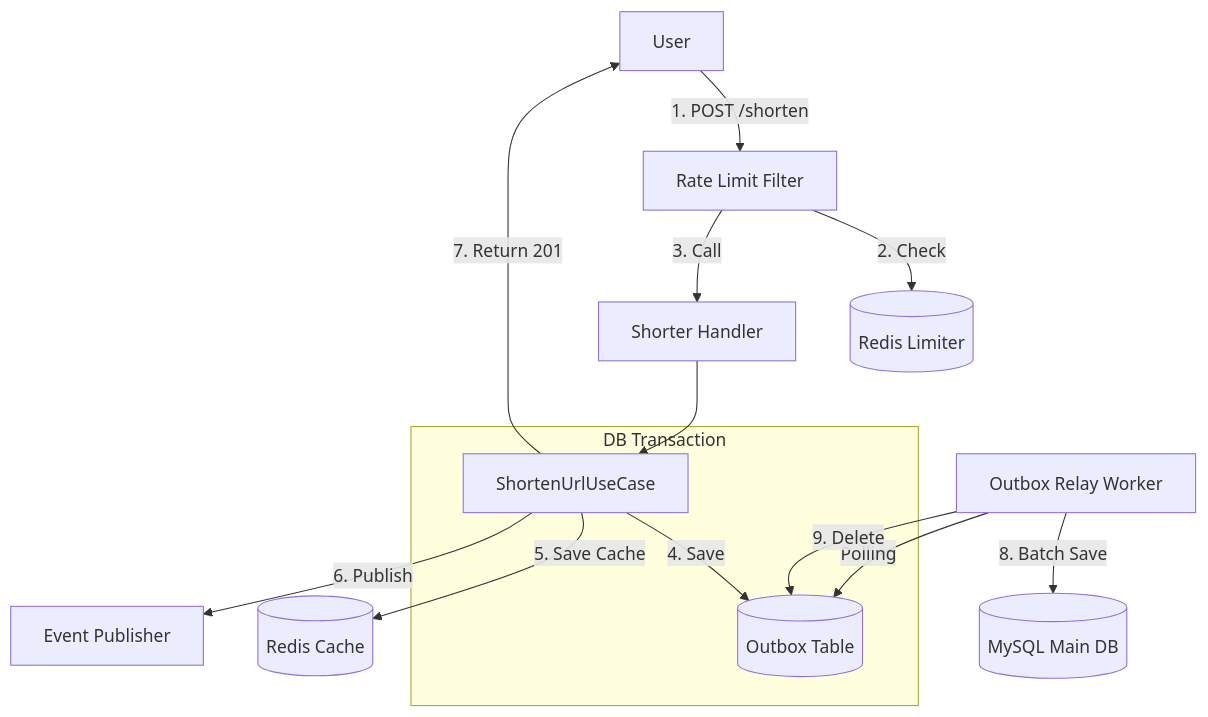
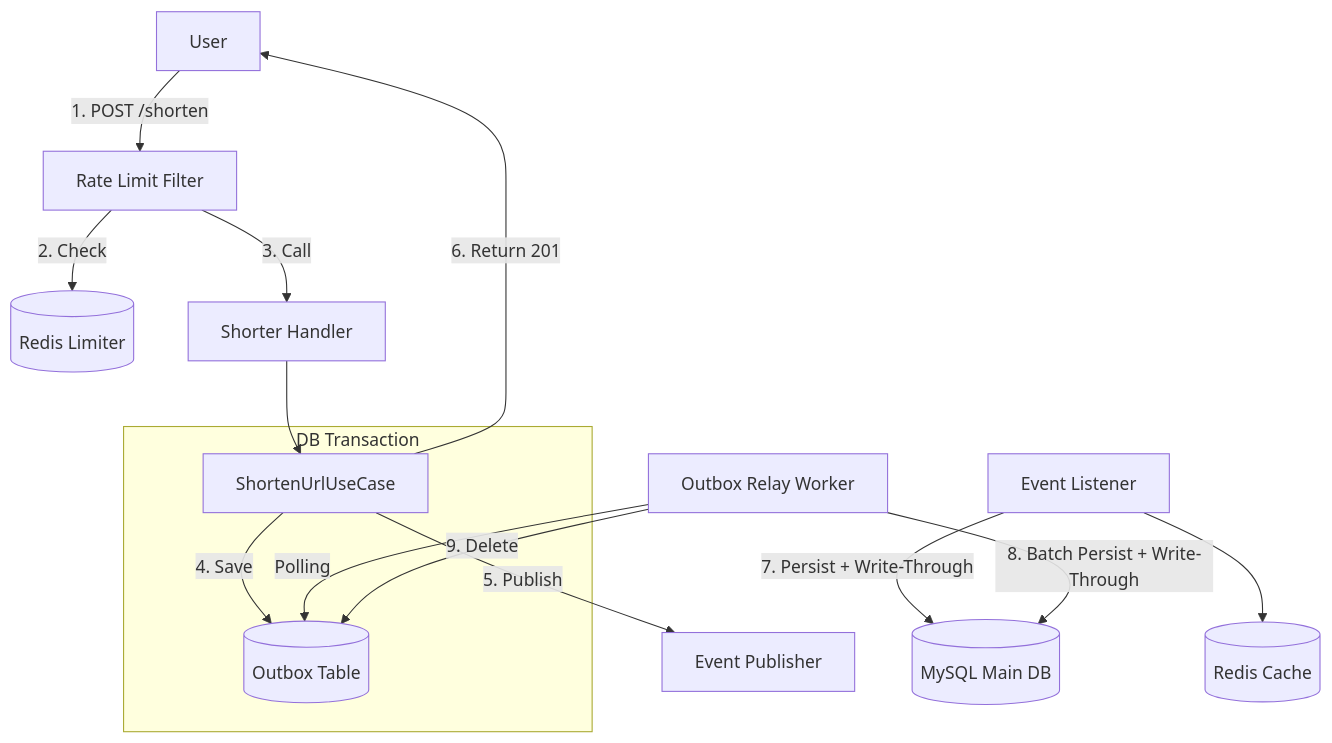
One commit to parkmh04-ship-it/snowflake changed the diagram in docs/features/URL_SHORTENING.md. Above: the diagram before and after it, drawn with Mermaid. The commit also changed other lines of this file and 6 other files, not shown here.

````diff
--- a/docs/features/URL_SHORTENING.md
+++ b/docs/features/URL_SHORTENING.md
@@ -11,17 +11,19 @@
 ```mermaid
 graph TD
     User -->|1. POST /shorten| Filter[Rate Limit Filter]
     Filter -->|2. Check| RedisLimiter[(Redis Limiter)]
     Filter -->|3. Call| Controller[Shorter Handler]
     Controller --> UseCase[ShortenUrlUseCase]
     subgraph DB Transaction
         UseCase -->|4. Save| Outbox[(Outbox Table)]
     end
-    UseCase -->|5. Save Cache| RedisCache[(Redis Cache)]
-    UseCase -->|6. Publish| Event[Event Publisher]
-    UseCase -->|7. Return 201| User
-    
+    UseCase -->|5. Publish| Event[Event Publisher]
+    UseCase -->|6. Return 201| User
+
+    Listener[Event Listener] -->|7. Persist + Write-Through| MainDB[(MySQL Main DB)]
+    Listener --> RedisCache[(Redis Cache)]
+
     Relay[Outbox Relay Worker] -->|Polling| Outbox
-    Relay -->|8. Batch Save| MainDB[(MySQL Main DB)]
+    Relay -->|8. Batch Persist + Write-Through| MainDB
     Relay -->|9. Delete| Outbox
 ```
````
